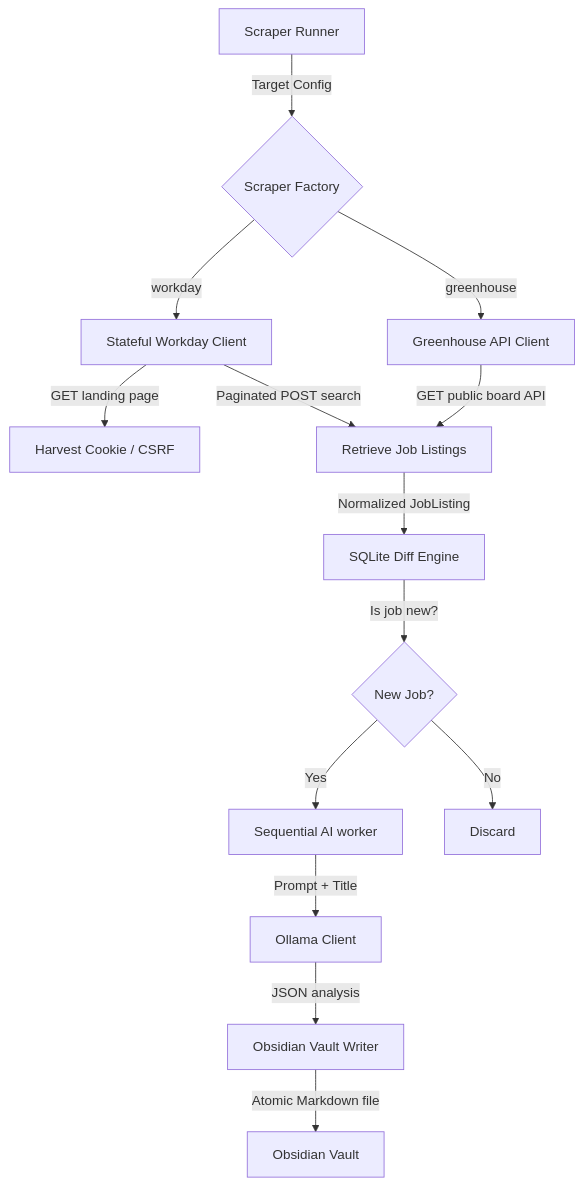
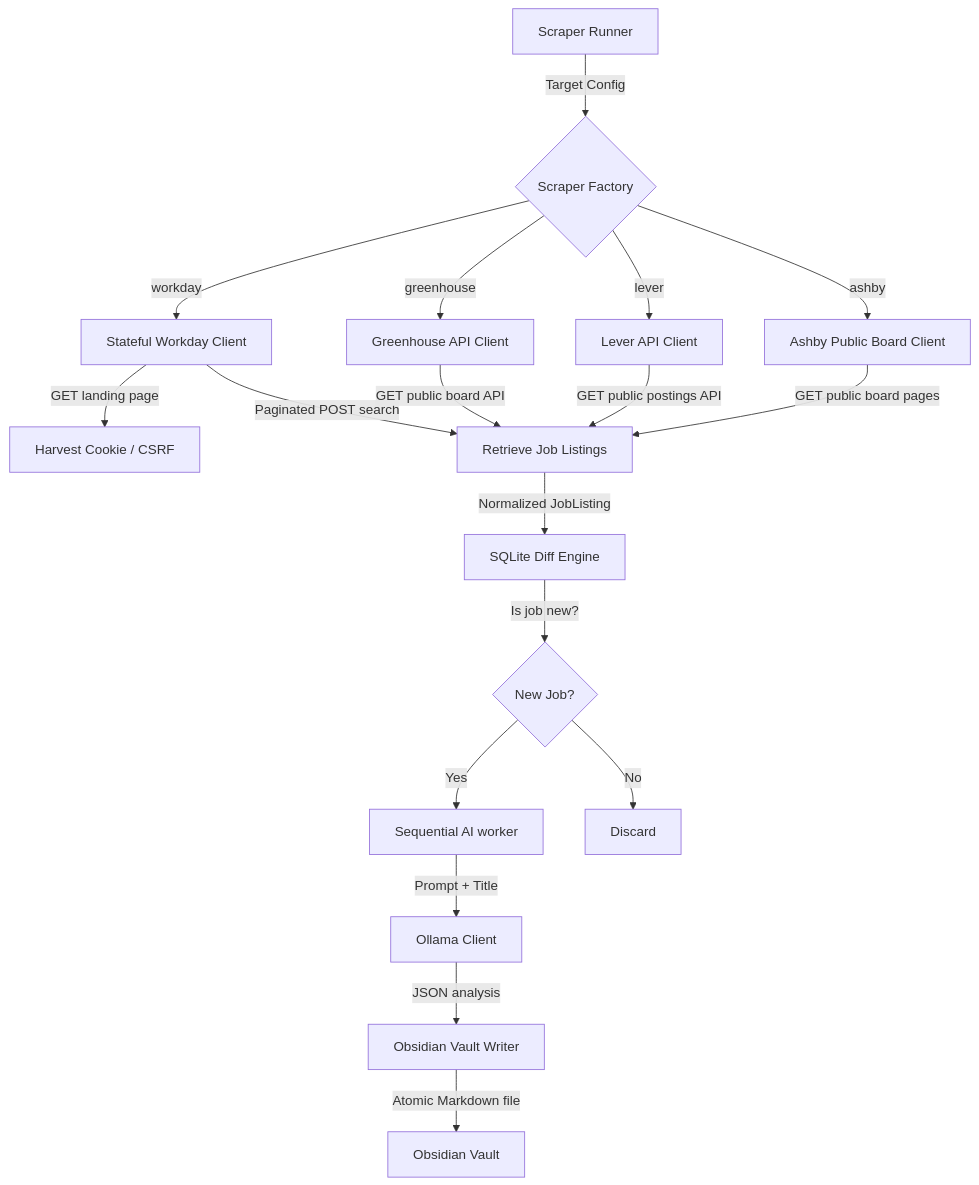
Before and after one commit to admbahm/OpenHunt: the diagram in docs/architecture.md, drawn with Mermaid. The commit also changed other lines of this file and 24 other files, not shown here.

First line of the commit message:
Add Lever and Ashby scraping support (#10)

````diff
--- a/docs/architecture.md
+++ b/docs/architecture.md
@@ -7,16 +7,20 @@
 ```mermaid
 graph TD
     A[Scraper Runner] -->|Target Config| B{Scraper Factory}
     B -->|workday| C[Stateful Workday Client]
     B -->|greenhouse| D[Greenhouse API Client]
+    B -->|lever| N[Lever API Client]
+    B -->|ashby| O[Ashby Public Board Client]
     C -->|GET landing page| E[Harvest Cookie / CSRF]
     C -->|Paginated POST search| F[Retrieve Job Listings]
     D -->|GET public board API| F
+    N -->|GET public postings API| F
+    O -->|GET public board pages| F
     F -->|Normalized JobListing| G[SQLite Diff Engine]
     G -->|Is job new?| H{New Job?}
     H -->|Yes| I[Sequential AI worker]
     H -->|No| J[Discard]
     I -->|Prompt + Title| K[Ollama Client]
     K -->|JSON analysis| L[Obsidian Vault Writer]
     L -->|Atomic Markdown file| M[Obsidian Vault]
 ```
````
